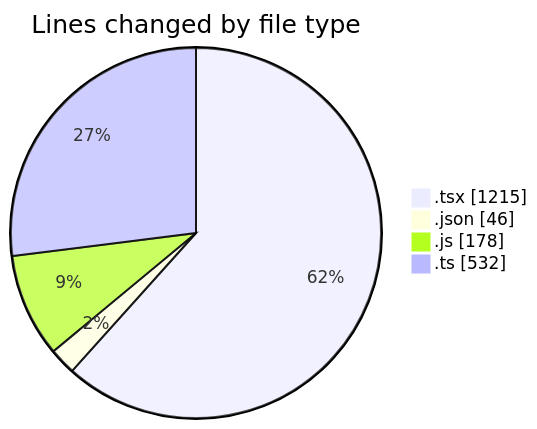
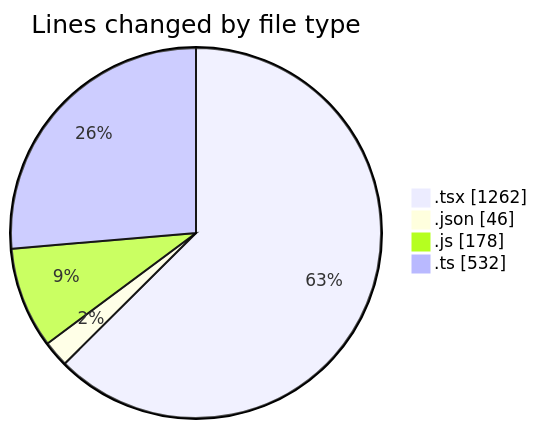
The first of 2 diagrams in 2026-08-07/cda/README.md (momahboobian/code-tracking), drawn with Mermaid before and after one commit. The commit also changed other lines of this file and 1 other file, not shown here.

````diff
--- a/2026-08-07/cda/README.md
+++ b/2026-08-07/cda/README.md
@@ -30,8 +30,8 @@
 ```mermaid
 pie showData
 title Lines changed by file type
-".tsx" : 1215
+".tsx" : 1262
 ".json" : 46
 ".js" : 178
 ".ts" : 532
 ```
````
